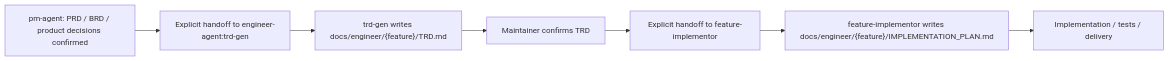
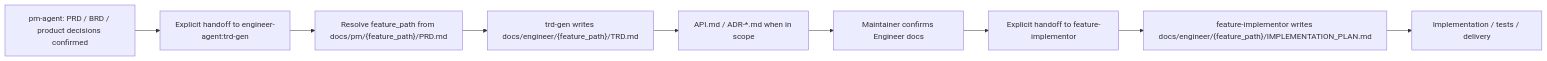
Before and after one commit to Neplich/dev-agent-skills: the diagram in agents/engineer/skills/trd-gen/SKILL.md, drawn with Mermaid. The commit also changed other lines of this file and 226 other files, not shown here.

First line of the commit message:
feat: 固化多级 feature_path 文档契约

````diff
--- a/agents/engineer/skills/trd-gen/SKILL.md
+++ b/agents/engineer/skills/trd-gen/SKILL.md
@@ -42,9 +51,11 @@
 ```mermaid
 flowchart LR
     PM["pm-agent: PRD / BRD / product decisions confirmed"] --> Handoff["Explicit handoff to engineer-agent:trd-gen"]
-    Handoff --> TRD["trd-gen writes docs/engineer/{feature}/TRD.md"]
-    TRD --> Review["Maintainer confirms TRD"]
+    Handoff --> PathGate["Resolve feature_path from docs/pm/{feature_path}/PRD.md"]
+    PathGate --> TRD["trd-gen writes docs/engineer/{feature_path}/TRD.md"]
+    TRD --> OptionalDocs["API.md / ADR-*.md when in scope"]
+    OptionalDocs --> Review["Maintainer confirms Engineer docs"]
     Review --> Plan["Explicit handoff to feature-implementor"]
-    Plan --> ImplPlan["feature-implementor writes docs/engineer/{feature}/IMPLEMENTATION_PLAN.md"]
+    Plan --> ImplPlan["feature-implementor writes docs/engineer/{feature_path}/IMPLEMENTATION_PLAN.md"]
     ImplPlan --> Code["Implementation / tests / delivery"]
 ```
````
